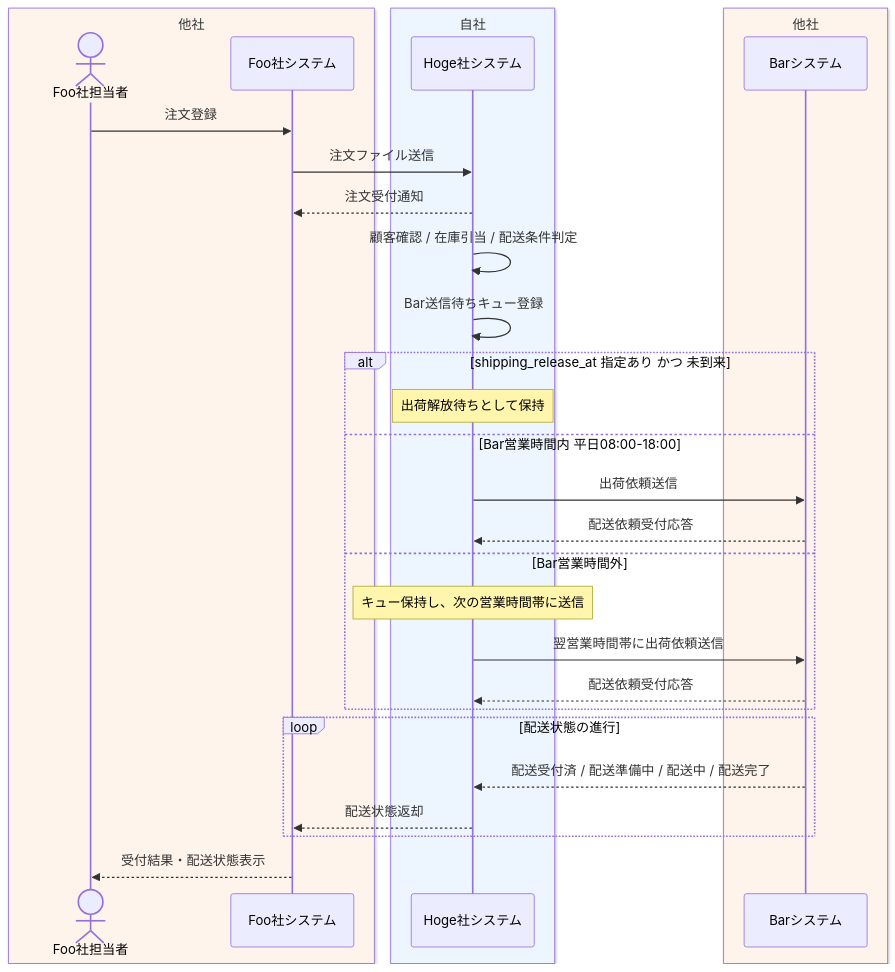
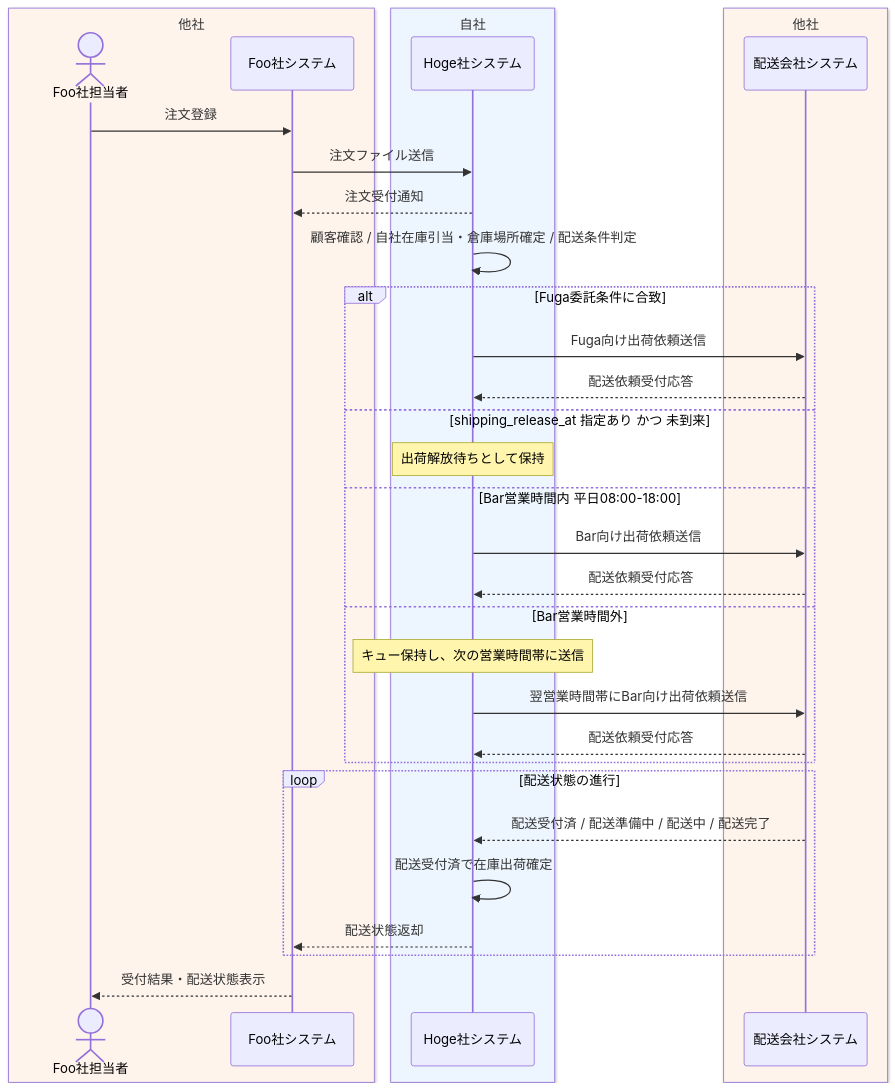
One commit to CalorieMateEater/training-project-logistics-company changed the diagram in docs/要件定義/業務フロー/01_Foo受注から配送結果返却業務フロー.md. Above: the diagram before and after it, drawn with Mermaid. The commit also changed other lines of this file and 235 other files, not shown here.

````diff
--- a/docs/要件定義/業務フロー/01_Foo受注から配送結果返却業務フロー.md
+++ b/docs/要件定義/業務フロー/01_Foo受注から配送結果返却業務フロー.md
@@ -13,34 +13,37 @@
 ```mermaid
 sequenceDiagram
     box rgb(255, 244, 236) 他社
         actor FooUser as Foo社担当者
         participant FooSys as Foo社システム
     end
     box rgb(237, 246, 255) 自社
         participant HogeSys as Hoge社システム
     end
     box rgb(255, 244, 236) 他社
-        participant BarSys as Barシステム
+        participant CarrierSys as 配送会社システム
     end
 
     FooUser->>FooSys: 注文登録
     FooSys->>HogeSys: 注文ファイル送信
     HogeSys-->>FooSys: 注文受付通知
-    HogeSys->>HogeSys: 顧客確認 / 在庫引当 / 配送条件判定
-    HogeSys->>HogeSys: Bar送信待ちキュー登録
-    alt shipping_release_at 指定あり かつ 未到来
+    HogeSys->>HogeSys: 顧客確認 / 自社在庫引当・倉庫場所確定 / 配送条件判定
+    alt Fuga委託条件に合致
+        HogeSys->>CarrierSys: Fuga向け出荷依頼送信
+        CarrierSys-->>HogeSys: 配送依頼受付応答
+    else shipping_release_at 指定あり かつ 未到来
         Note over HogeSys: 出荷解放待ちとして保持
     else Bar営業時間内 平日08:00-18:00
-        HogeSys->>BarSys: 出荷依頼送信
-        BarSys-->>HogeSys: 配送依頼受付応答
+        HogeSys->>CarrierSys: Bar向け出荷依頼送信
+        CarrierSys-->>HogeSys: 配送依頼受付応答
     else Bar営業時間外
         Note over HogeSys: キュー保持し、次の営業時間帯に送信
-        HogeSys->>BarSys: 翌営業時間帯に出荷依頼送信
-        BarSys-->>HogeSys: 配送依頼受付応答
+        HogeSys->>CarrierSys: 翌営業時間帯にBar向け出荷依頼送信
+        CarrierSys-->>HogeSys: 配送依頼受付応答
     end
     loop 配送状態の進行
-        BarSys-->>HogeSys: 配送受付済 / 配送準備中 / 配送中 / 配送完了
+        CarrierSys-->>HogeSys: 配送受付済 / 配送準備中 / 配送中 / 配送完了
+        HogeSys->>HogeSys: 配送受付済で在庫出荷確定
         HogeSys-->>FooSys: 配送状態返却
     end
     FooSys-->>FooUser: 受付結果・配送状態表示
 ```
````
